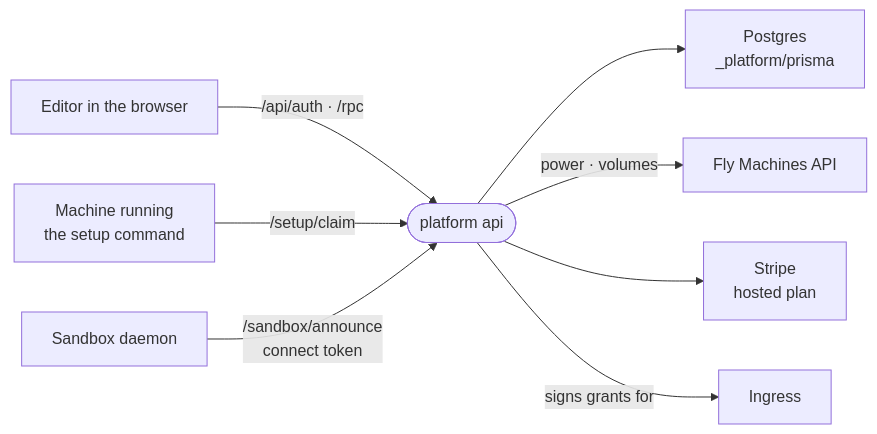
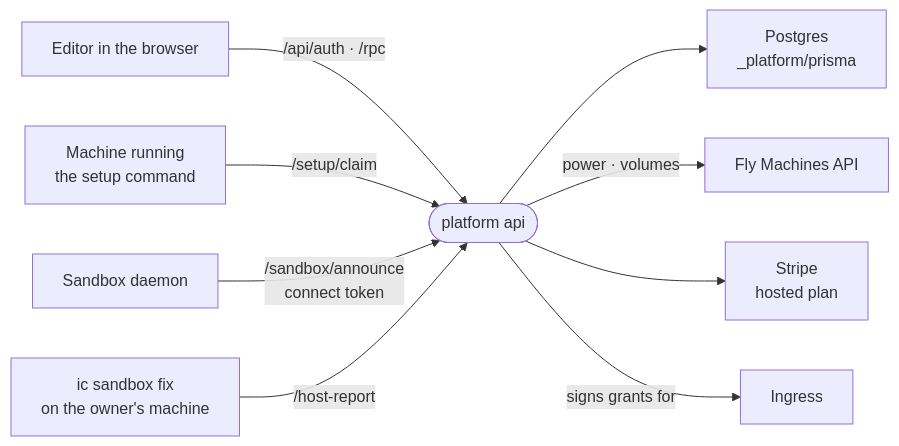
The diagram in docs/architecture/platform.md (intentic/intentic), drawn with Mermaid before and after one commit. The commit also changed other lines of this file and 146 other files, not shown here.

````diff
--- a/docs/architecture/platform.md
+++ b/docs/architecture/platform.md
@@ -5,10 +5,11 @@
 ```mermaid
 flowchart LR
     browser["Editor in the browser"] -->|"/api/auth · /rpc"| api(["platform api"])
     machine["Machine running<br/>the setup command"] -->|"/setup/claim"| api
     daemon["Sandbox daemon"] -->|"/sandbox/announce<br/>connect token"| api
+    host["ic sandbox fix<br/>on the owner's machine"] -->|"/host-report"| api
     api --> db["Postgres<br/>_platform/prisma"]
     api -->|"power · volumes"| fly["Fly Machines API"]
     api --> stripe["Stripe<br/>hosted plan"]
     api -->|"signs grants for"| ingress["Ingress"]
 ```
````
